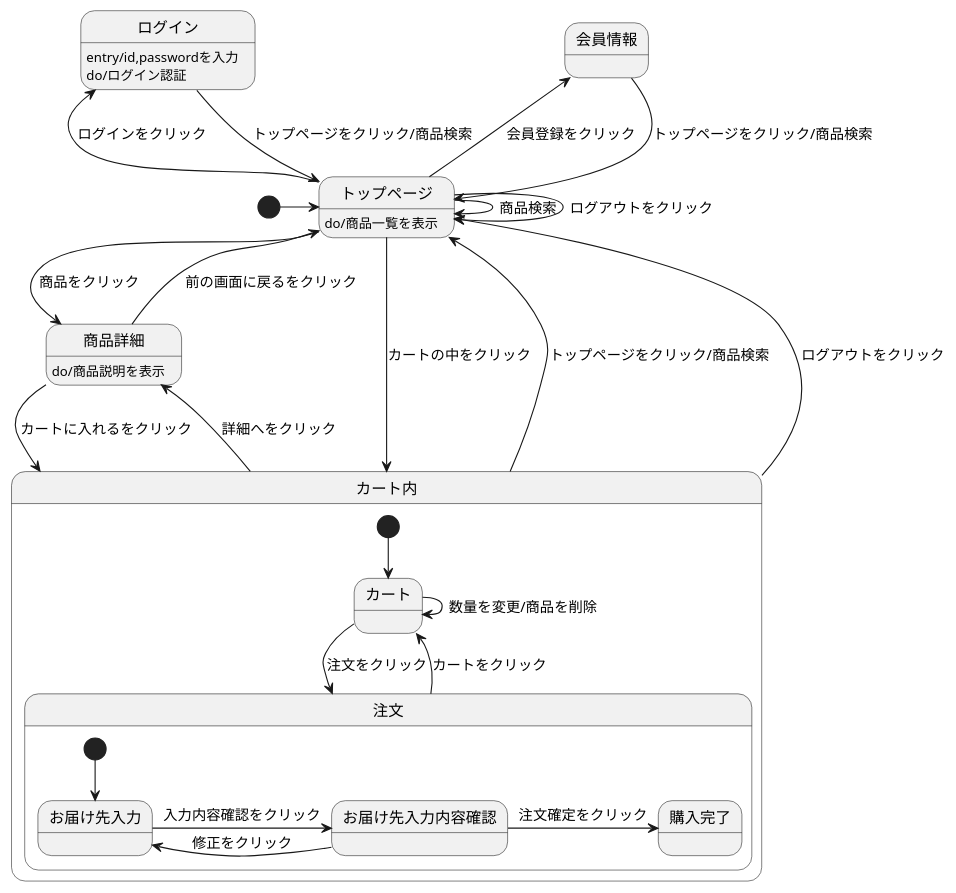
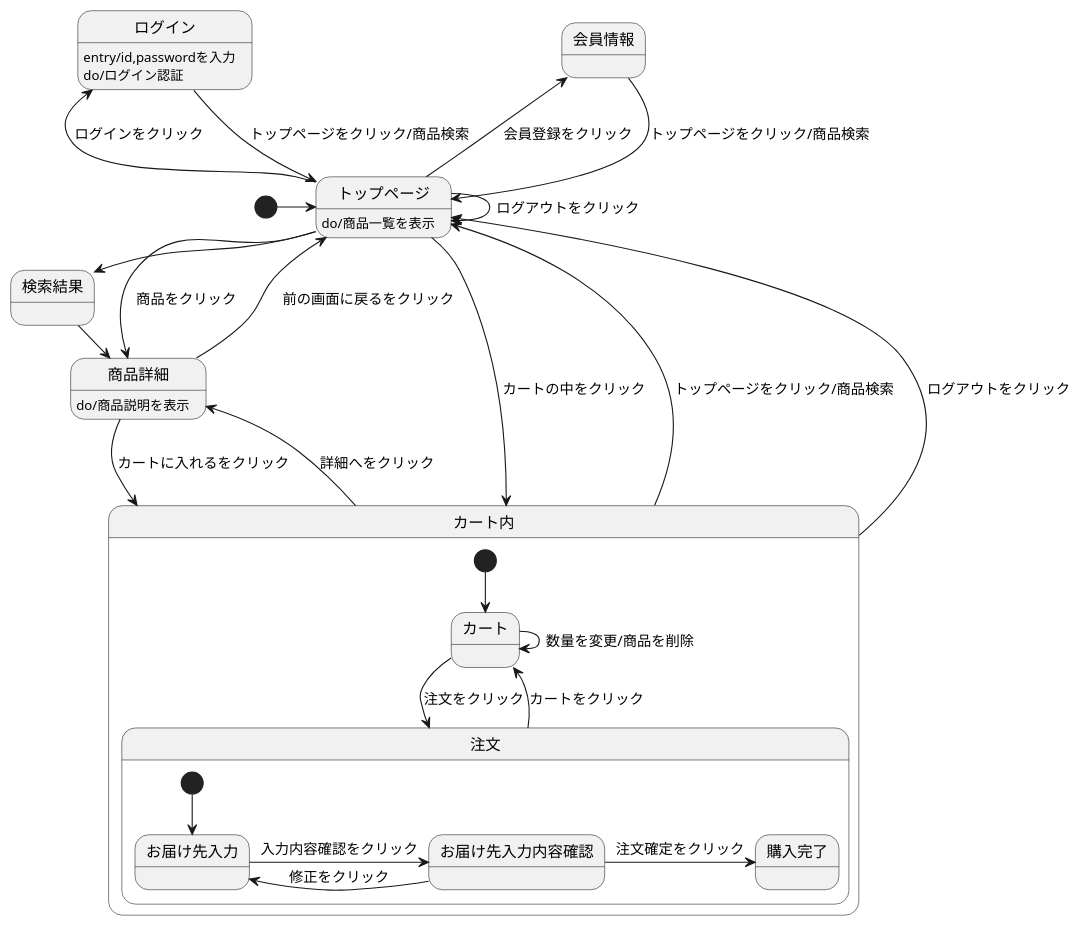
Before and after one commit to Aso2001369/2021sys-design: the diagram in src2/md/状態遷移図.md, drawn with PlantUML.

````diff
--- a/src2/md/状態遷移図.md
+++ b/src2/md/状態遷移図.md
@@ -1,36 +1,37 @@
 ```uml
 @startuml
 
 [*] -> トップページ
 会員情報 --> トップページ : トップページをクリック/商品検索
 ログイン --> トップページ : トップページをクリック/商品検索
 ログイン : entry/id,passwordを入力
 ログイン : do/ログイン認証
 トップページ --> トップページ : ログアウトをクリック
-トップページ -> トップページ : 商品検索
+トップページ -> 検索結果 : 商品検索
 トップページ -> 商品詳細 : 商品をクリック
 トップページ -left-> 会員情報 : 会員登録をクリック
 トップページ -left-> ログイン : ログインをクリック
 トップページ --> カート内 : カートの中をクリック
 トップページ : do/商品一覧を表示
+検索結果 -> 商品詳細 : 商品をクリック
 商品詳細 --> カート内 : カートに入れるをクリック
 商品詳細 --> トップページ : 前の画面に戻るをクリック
 商品詳細 : do/商品説明を表示
 カート内 -up-> トップページ : トップページをクリック/商品検索
 カート内 -up-> トップページ : ログアウトをクリック
 カート内 -> 商品詳細 : 詳細へをクリック
 
 state カート内 {
   [*] --> カート
   カート -> 注文 : 注文をクリック
   カート -> カート : 数量を変更/商品を削除
   注文 --> カート : カートをクリック
   state 注文 {
     [*] --> お届け先入力
     お届け先入力 -> お届け先入力内容確認 : 入力内容確認をクリック
     お届け先入力内容確認 -> お届け先入力 : 修正をクリック
     お届け先入力内容確認 -> 購入完了 : 注文確定をクリック
   }
  }
 @enduml
 ```
````
